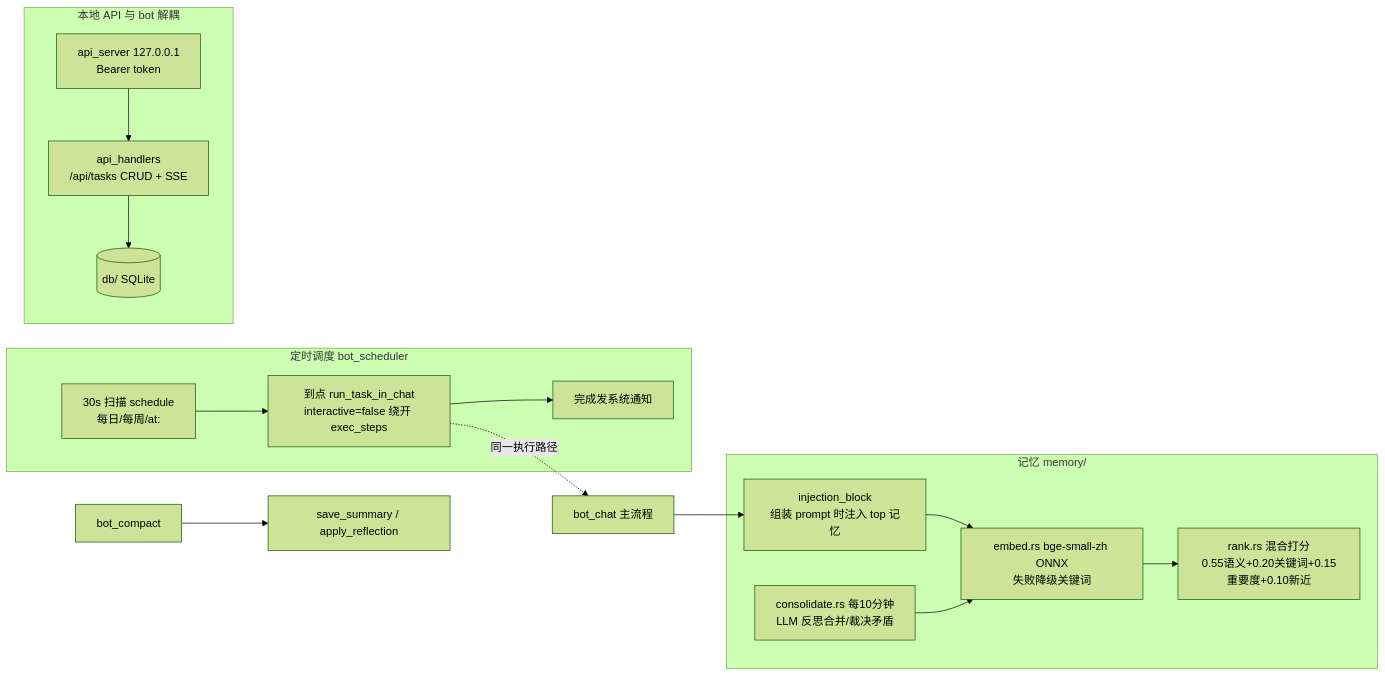
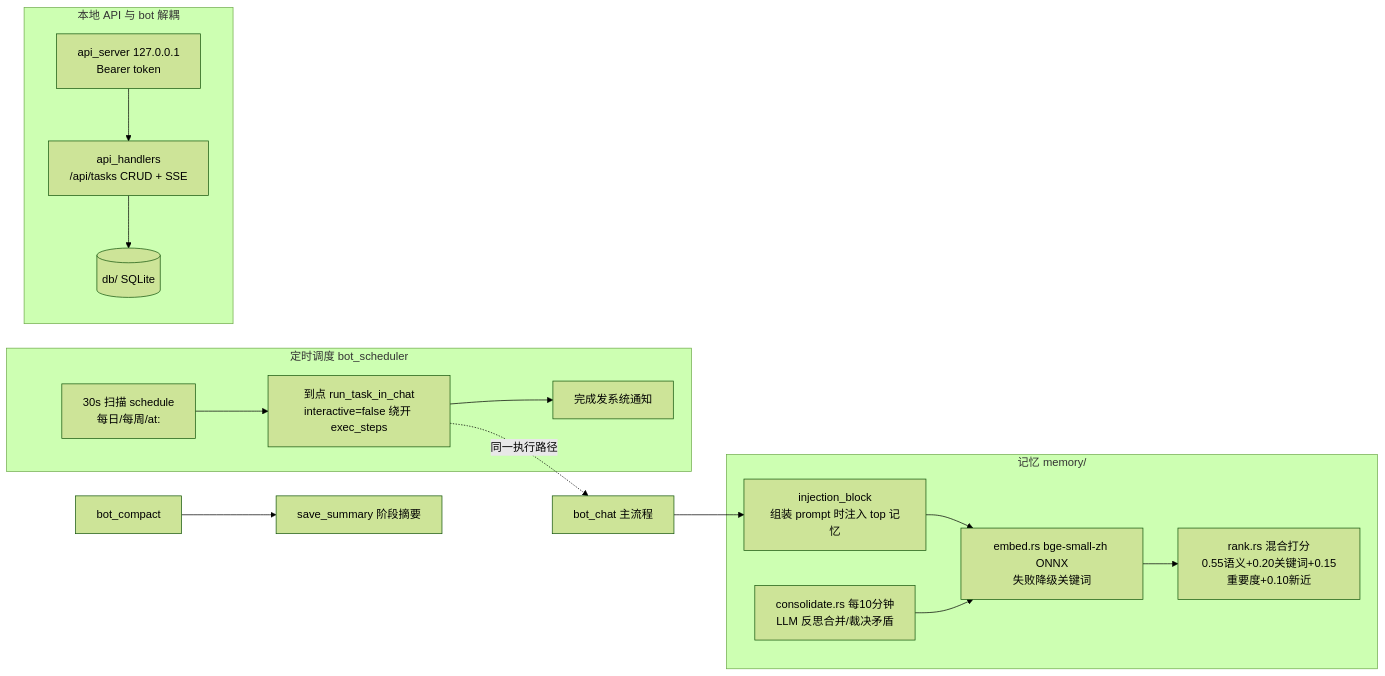
Before and after one commit to BLAGICLAB/WMessage: the second of 3 diagrams in docs/rust-bot-architecture.md, drawn with Mermaid (forest theme). The commit also changed other lines of this file, not shown here.

Commit message:
docs(arch): 账实校准——删 reflection 幽灵、修列名/计数/类型位置表行号与 perm_mode 口径

````diff
--- a/docs/rust-bot-architecture.md
+++ b/docs/rust-bot-architecture.md
@@ -560,25 +561,25 @@
 ```mermaid
 flowchart LR
     subgraph 记忆 memory/
         M1[injection_block<br/>组装 prompt 时注入 top 记忆] 
         M2[embed.rs bge-small-zh ONNX<br/>失败降级关键词]
         M3[rank.rs 混合打分<br/>0.55语义+0.20关键词+0.15重要度+0.10新近]
         M4[consolidate.rs 每10分钟<br/>LLM 反思合并/裁决矛盾]
         M1 --> M2 --> M3
         M4 --> M2
     end
 
     subgraph 定时调度 bot_scheduler
         S1[30s 扫描 schedule<br/>每日/每周/at:] --> S2[到点 run_task_in_chat<br/>interactive=false 绕开 exec_steps]
         S2 --> S3[完成发系统通知]
     end
 
     subgraph 本地 API 与 bot 解耦
         H1[api_server 127.0.0.1<br/>Bearer token] --> H2[api_handlers<br/>/api/tasks CRUD + SSE]
         H2 --> H3[(db/ SQLite)]
     end
 
     BC[bot_chat 主流程] --> M1
-    BC2[bot_compact] --> M5[save_summary / apply_reflection]
+    BC2[bot_compact] --> M5[save_summary 阶段摘要]
     S2 -.同一执行路径.-> BC
 ```
````
